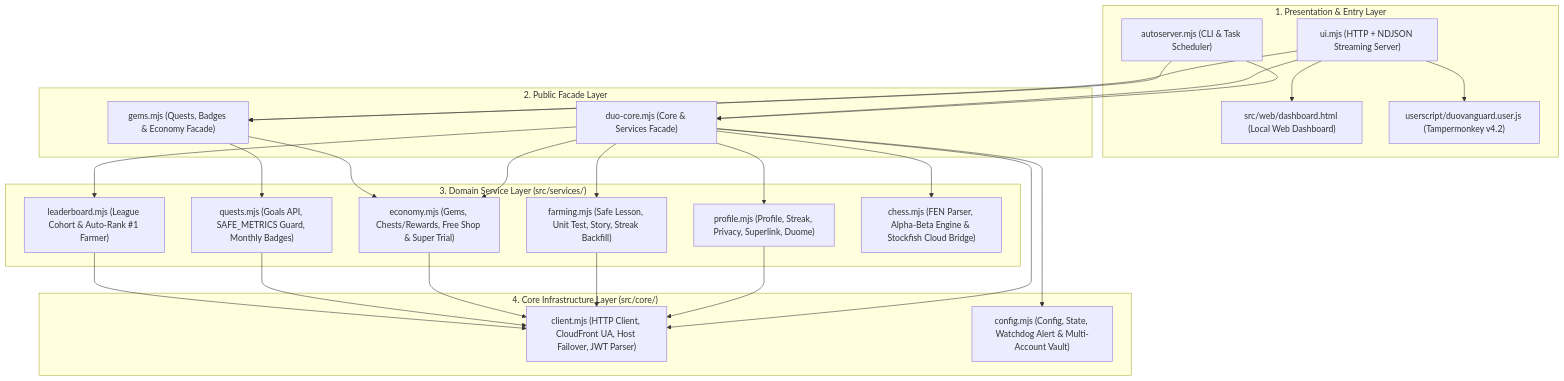
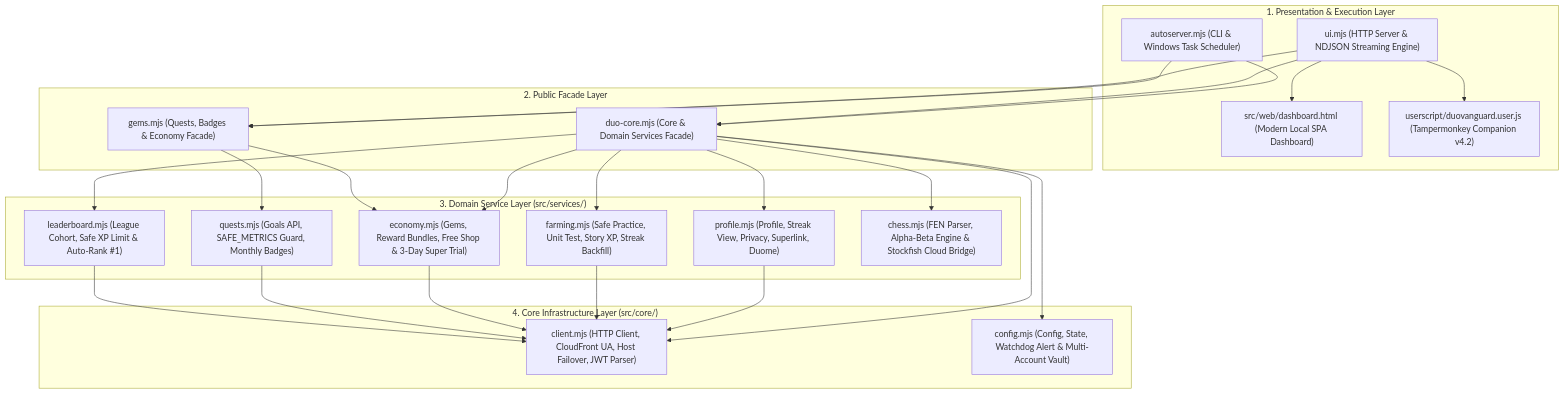
One commit to Dzakiudin/DuoVanguard changed the diagram in README.md. Above: the diagram before and after it, drawn with Mermaid. The commit also changed other lines of this file, not shown here.

````diff
--- a/README.md
+++ b/README.md
@@ -11,35 +32,35 @@
 ```mermaid
 flowchart TD
-    subgraph Presentation["1. Presentation & Entry Layer"]
-        CLI["autoserver.mjs (CLI & Task Scheduler)"]
-        HTTP["ui.mjs (HTTP + NDJSON Streaming Server)"]
-        SPA["src/web/dashboard.html (Local Web Dashboard)"]
-        US["userscript/duovanguard.user.js (Tampermonkey v4.2)"]
+    subgraph Presentation["1. Presentation & Execution Layer"]
+        CLI["autoserver.mjs (CLI & Windows Task Scheduler)"]
+        HTTP["ui.mjs (HTTP Server & NDJSON Streaming Engine)"]
+        SPA["src/web/dashboard.html (Modern Local SPA Dashboard)"]
+        US["userscript/duovanguard.user.js (Tampermonkey Companion v4.2)"]
     end
 
     subgraph Facade["2. Public Facade Layer"]
-        DC["duo-core.mjs (Core & Services Facade)"]
+        DC["duo-core.mjs (Core & Domain Services Facade)"]
         GM["gems.mjs (Quests, Badges & Economy Facade)"]
     end
 
     subgraph Services["3. Domain Service Layer (src/services/)"]
-        P["profile.mjs (Profile, Streak, Privacy, Superlink, Duome)"]
-        F["farming.mjs (Safe Lesson, Unit Test, Story, Streak Backfill)"]
-        E["economy.mjs (Gems, Chests/Rewards, Free Shop & Super Trial)"]
+        P["profile.mjs (Profile, Streak View, Privacy, Superlink, Duome)"]
+        F["farming.mjs (Safe Practice, Unit Test, Story XP, Streak Backfill)"]
+        E["economy.mjs (Gems, Reward Bundles, Free Shop & 3-Day Super Trial)"]
         Q["quests.mjs (Goals API, SAFE_METRICS Guard, Monthly Badges)"]
-        L["leaderboard.mjs (League Cohort & Auto-Rank #1 Farmer)"]
+        L["leaderboard.mjs (League Cohort, Safe XP Limit & Auto-Rank #1)"]
         C["chess.mjs (FEN Parser, Alpha-Beta Engine & Stockfish Cloud Bridge)"]
     end
 
     subgraph Core["4. Core Infrastructure Layer (src/core/)"]
         CL["client.mjs (HTTP Client, CloudFront UA, Host Failover, JWT Parser)"]
         CF["config.mjs (Config, State, Watchdog Alert & Multi-Account Vault)"]
     end
 
     CLI --> DC & GM
     HTTP --> DC & GM
     HTTP --> SPA & US
     DC --> P & F & E & L & C & CL & CF
     GM --> Q & E
     P & F & E & Q & L --> CL
 ```
````
